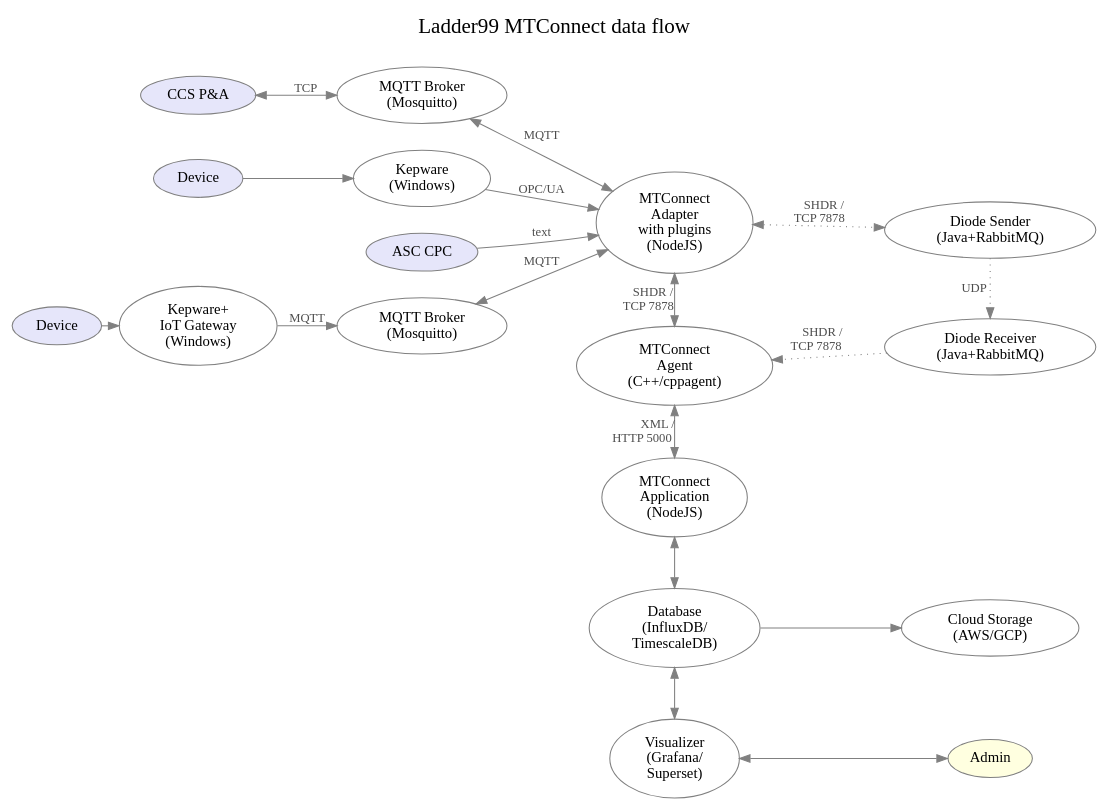
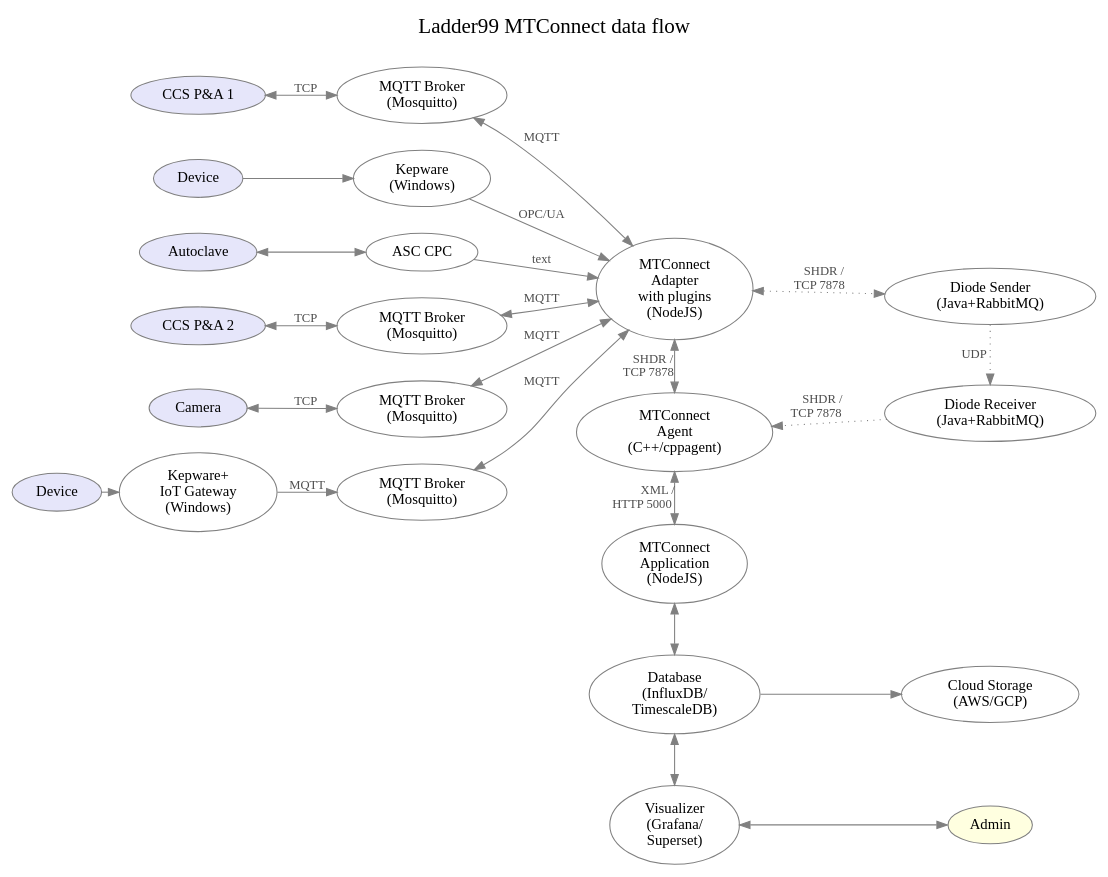
The diagram in design/architecture.dot (Ladder99/ladder99), drawn with Graphviz before and after one commit. The commit also changed 1 other file, not shown here.

```diff
--- a/design/architecture.dot
+++ b/design/architecture.dot
@@ -1,77 +1,80 @@
 digraph "ladder99-adapter" {
 
   // styles
   graph [ label="Ladder99 MTConnect data flow\n "; color=lightgray; ];
   graph [ fontsize=20 ];
   graph [ labelloc=t ];
   graph [ ranksep=0.2 ];
   graph [ nodesep=0.35 ];
   graph [ rankdir=LR; ] // left-to-right
   node [ color=gray; fillcolor=white; style=filled ];
   edge [ color=gray ];
   edge [ fontsize=12; fontcolor=gray30; ];
 
   // nodes
-  PA1 [ fillcolor=lavender; label="CCS P&A" ];
-  // PA2 [ fillcolor=lavender; label="CCS P&A 2" ];
+  PA1 [ fillcolor=lavender; label="CCS P&A 1" ];
+  PA2 [ fillcolor=lavender; label="CCS P&A 2" ];
   OldMachine2 [ fillcolor=lavender; label="Device" ];
   OldMachine3 [ fillcolor=lavender; label="Device" ];
+  Camera [ fillcolor=lavender; label="Camera" ];
   Kepware1 [ label="Kepware\n(Windows)"];
   Kepware2 [ label="Kepware+\nIoT Gateway\n(Windows)"];
-  CPC [ label="ASC CPC", fillcolor=lavender ];
-  // Gateway [ label="IoT Gateway"];
+  Autoclave [ label="Autoclave", fillcolor=lavender ];
+  CPC [ label="ASC CPC" ];
   Broker1 [ label="MQTT Broker\n(Mosquitto)" ];
-  // Broker2 [ label="MQTT Broker\n(Mosquitto)" ];
-  // Broker3 [ label="MQTT Broker\n(Mosquitto)" ];
+  Broker2 [ label="MQTT Broker\n(Mosquitto)" ];
+  Broker3 [ label="MQTT Broker\n(Mosquitto)" ];
   Broker4 [ label="MQTT Broker\n(Mosquitto)" ];
   // OldMachine1 [ fillcolor=lavender; label="Old Machine 1" ];
   // PLC4X [ label="PLC4X\n(Java)" ];
 
   Adapter [ label="MTConnect\nAdapter\nwith plugins\n(NodeJS)" ];
   DiodeSender [ label="Diode Sender\n(Java+RabbitMQ)" ];
   DiodeReceiver [ label="Diode Receiver\n(Java+RabbitMQ)" ];
 
   Agent [ label="MTConnect\nAgent\n(C++/cppagent)" ];
   Application [ label="MTConnect\nApplication\n(NodeJS)" ];
   Database [ label="Database\n(InfluxDB/\nTimescaleDB)" ];
   Visualizer [ label="Visualizer\n(Grafana/\nSuperset)" ];
   Cloud [ label="Cloud Storage\n(AWS/GCP)" ];
   Admin [ fillcolor=lightyellow ];
   // LOI [ label="LOI\n(SvelteJS)" ];
   // Operator [ fillcolor=lightyellow ];
 
   // edges
   PA1 -> Broker1 [ label="  TCP  ", dir=both ];
-  // PA2 -> Broker2 [ label="  TCP  ", dir=both ];
+  PA2 -> Broker2 [ label="  TCP  ", dir=both ];
+  Camera -> Broker3 [ label="  TCP  ", dir=both ];
+  Autoclave -> CPC [ dir=both ];
   Broker1 -> Adapter [ label="MQTT", dir=both ];
-  // Broker2 -> Adapter [ label="MQTT", dir=both ];
-  // Broker3 -> Adapter [ label="MQTT", dir=both ];
+  Broker2 -> Adapter [ label="MQTT", dir=both ];
+  Broker3 -> Adapter [ label="MQTT", dir=both ];
   Broker4 -> Adapter [ label="MQTT", dir=both ];
   // OldMachine1 -> PLC4X; // [ label="proprietary\nprotocol" ];
   // PLC4X -> Broker3 [ label="" ];
   OldMachine2 -> Kepware1;
   Kepware1 -> Adapter [ label="OPC/UA" ];
   // Kepware2 -> Gateway;
   CPC -> Adapter [ label="text" ];
   // Gateway -> Broker4 [ label="MQTT" ];
   OldMachine3 -> Kepware2;
   Kepware2 -> Broker4 [ label="MQTT" ];
   
   Adapter -> Agent [ label="SHDR /   \nTCP 7878      ", dir=both ];
 
   Adapter -> DiodeSender [ label="SHDR /   \nTCP 7878      ", dir=both, style=dotted ];
   DiodeSender -> DiodeReceiver [ label="UDP    ", style=dotted ];
   DiodeReceiver -> Agent [ label="SHDR /    \nTCP 7878        ", style=dotted ];
   
   Agent -> Application [ dir=both; label="XML / \nHTTP 5000          " ];
   Application -> Database [ dir=both ];
   Database -> Visualizer [ dir=both ];
   Database -> Cloud;
   Visualizer -> Admin [ dir=both ];
   // Application -> LOI;
   // LOI -> Operator;
 
   // rank
   { rank=same; Adapter Agent Application Database Visualizer };
   { rank=same; DiodeSender DiodeReceiver Cloud Admin };
 }
```
